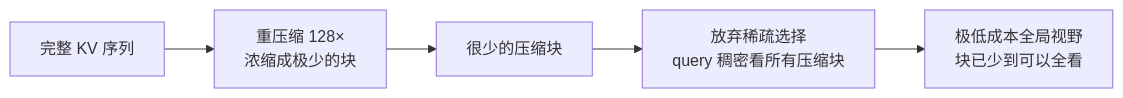
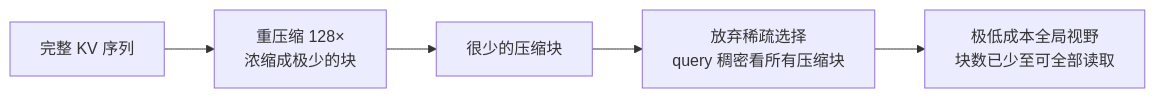
One commit to lloo099/mission44 changed the third of 5 diagrams in docs/blog/dispatch-05-deepseek-v4.md. Above: the diagram before and after it, drawn with Mermaid. The commit also changed other lines of this file and 24 other files, not shown here.

Commit message:
全站文风统一:29 篇按'专业简洁、去口语化'标准批量修订 — 确定性替换 100 处(崩法→失稳模式/洼地→空白领域/占坑→公开工作/黑箱→未公开/datatype 动物园→谱系/押注→投入/护城河→竞争壁垒 等)+ 8 个编辑 agent 分批逐句精修(D24 单篇 38 处;两轮均遇用量上限中断后续跑完成)+ blog.json 摘要 6 处 + 综述残留 2 处. 术语全站一致化; 29 文件 mermaid 全验证 0 errors; 快照页同步重建

````diff
--- a/docs/blog/dispatch-05-deepseek-v4.md
+++ b/docs/blog/dispatch-05-deepseek-v4.md
@@ -73,9 +73,9 @@
 ```mermaid
 flowchart LR
     KV["完整 KV 序列"]
     Comp["重压缩 128×<br/>浓缩成极少的块"]
     Few["很少的压缩块"]
     Dense["放弃稀疏选择<br/>query 稠密看所有压缩块"]
-    Global["极低成本全局视野<br/>块已少到可以全看"]
+    Global["极低成本全局视野<br/>块数已少至可全部读取"]
     KV --> Comp --> Few --> Dense --> Global
 ```
````
